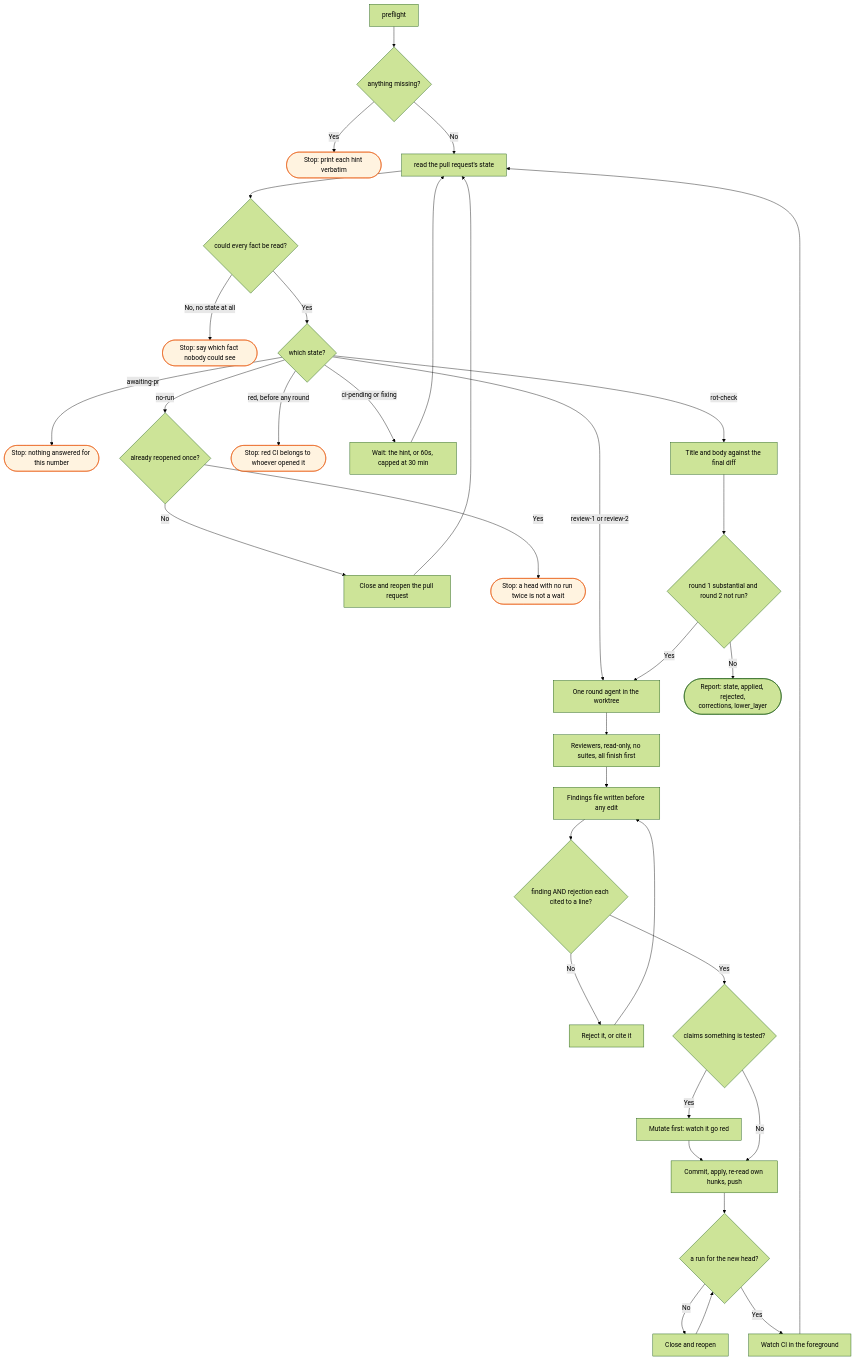
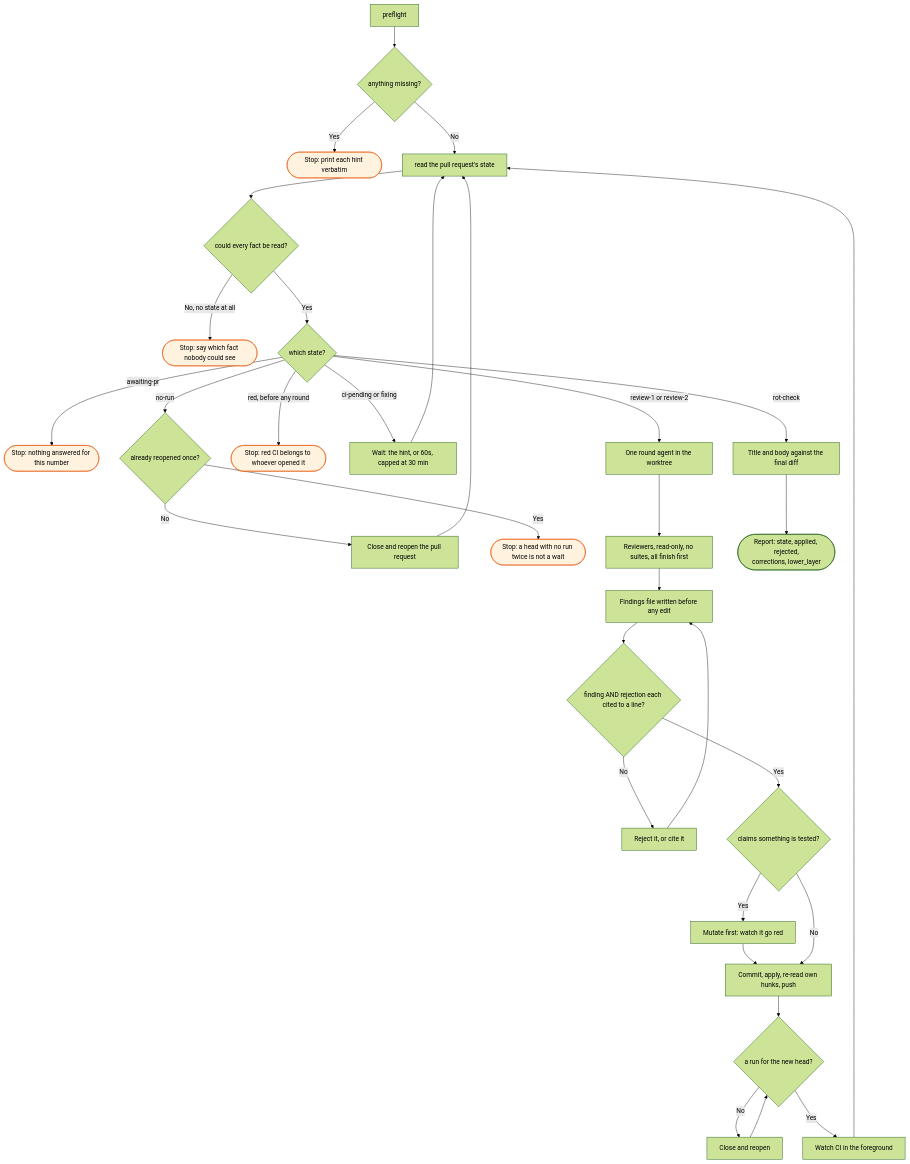
Before and after one commit to bje-settings/claude: the diagram in plugins/workstreams/skills/review/FLOW.md, drawn with Mermaid (forest theme). The commit also changed 5 other files, not shown here.

````diff
--- a/plugins/workstreams/skills/review/FLOW.md
+++ b/plugins/workstreams/skills/review/FLOW.md
@@ -5,36 +5,34 @@
 ```mermaid
 flowchart TD
     A[preflight] --> B{anything missing?}
     B -->|Yes| B1([Stop: print each hint verbatim]):::stop
     B -->|No| C[read the pull request's state]
 
     C --> D{could every fact be read?}
     D -->|No, no state at all| D1([Stop: say which fact nobody could see]):::stop
     D -->|Yes| E{which state?}
 
     E -->|awaiting-pr| E1([Stop: nothing answered for this number]):::stop
     E -->|no-run| F{already reopened once?}
     F -->|No| F1[Close and reopen the pull request] --> C
     F -->|Yes| F2([Stop: a head with no run twice is not a wait]):::stop
     E -->|red, before any round| G([Stop: red CI belongs to whoever opened it]):::stop
     E -->|ci-pending or fixing| H[Wait: the hint, or 60s, capped at 30 min] --> C
 
     E -->|review-1 or review-2| I[One round agent in the worktree]
     I --> J[Reviewers, read-only, no suites, all finish first]
     J --> K[Findings file written before any edit]
     K --> L{finding AND rejection each cited to a line?}
     L -->|No| L1[Reject it, or cite it] --> K
     L -->|Yes| M{claims something is tested?}
     M -->|Yes| M1[Mutate first: watch it go red] --> N
     M -->|No| N[Commit, apply, re-read own hunks, push]
     N --> O{a run for the new head?}
     O -->|No| O1[Close and reopen] --> O
     O -->|Yes| P[Watch CI in the foreground] --> C
 
     E -->|rot-check| Q[Title and body against the final diff]
-    Q --> R{round 1 substantial and round 2 not run?}
-    R -->|Yes| I
-    R -->|No| S([Report: state, applied, rejected,<br/>corrections, lower_layer])
+    Q --> S([Report: state, applied, rejected,<br/>corrections, lower_layer])
 
     classDef stop fill:#fff3e0,stroke:#e65100,color:#000
 ```
````
